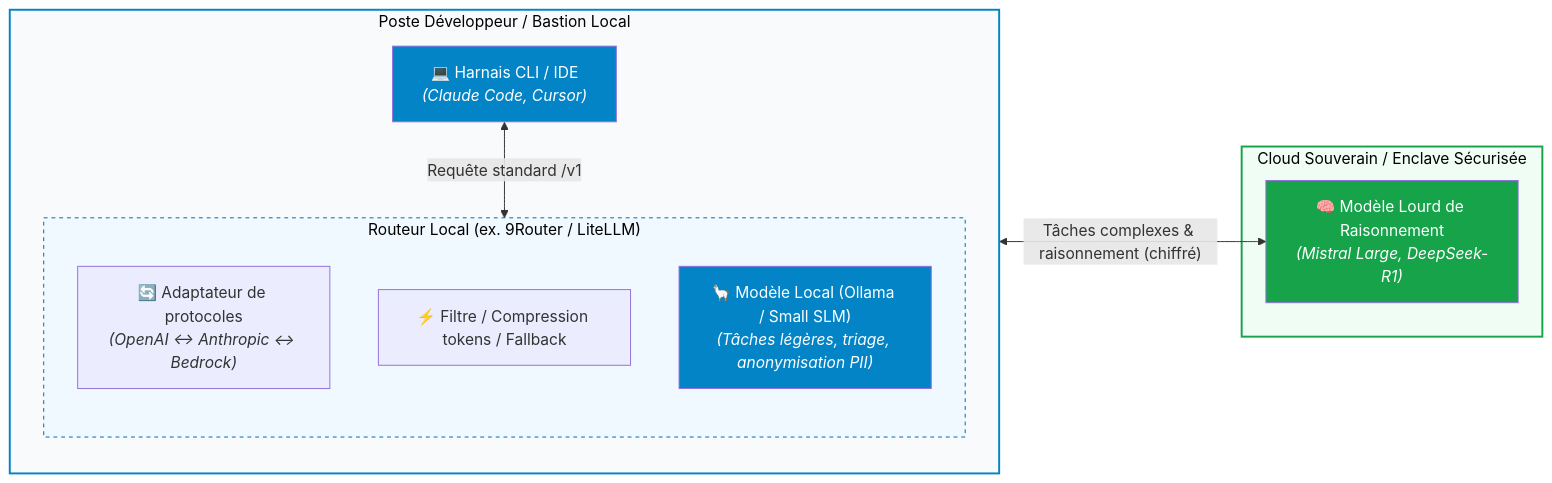
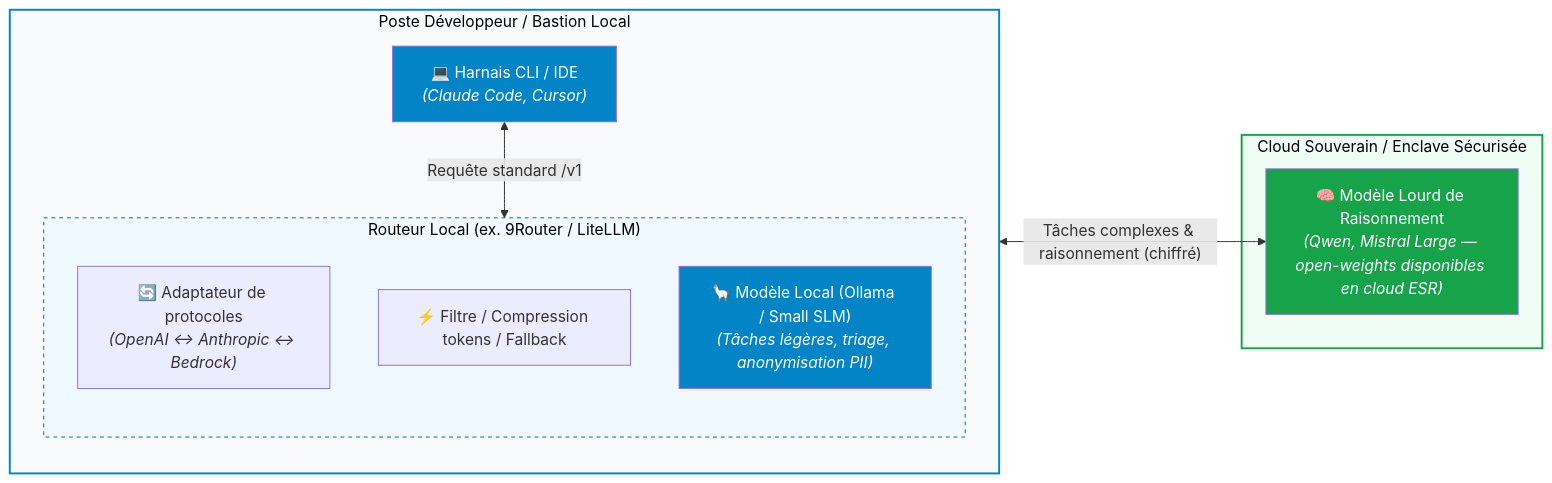
One commit to barais/agentic.module5 changed the second of 2 diagrams in slides.md. Above: the diagram before and after it, drawn with Mermaid. The commit also changed other lines of this file, not shown here.

````diff
--- a/slides.md
+++ b/slides.md
@@ -171,29 +170,29 @@
 ```mermaid {scale: 0.5}
 flowchart LR
     subgraph MACHINE ["Poste Développeur / Bastion Local"]
         direction TB
         CLI["💻 Harnais CLI / IDE<br/><i>(Claude Code, Cursor)</i>"]
-        
+
         subgraph ROUTER ["Routeur Local (ex. 9Router / LiteLLM)"]
             direction TB
             ADAPT["🔄 Adaptateur de protocoles<br/><i>(OpenAI ↔ Anthropic ↔ Bedrock)</i>"]
             CACHE["⚡ Filtre / Compression tokens / Fallback"]
             SLM["🦙 Modèle Local (Ollama / Small SLM)<br/><i>(Tâches légères, triage, anonymisation PII)</i>"]
         end
-        
+
         CLI <-->|Requête standard /v1| ROUTER
     end
 
     subgraph CLOUD ["Cloud Souverain / Enclave Sécurisée"]
-        BIG_LLM["🧠 Modèle Lourd de Raisonnement<br/><i>(Mistral Large, DeepSeek-R1)</i>"]
+        BIG_LLM["🧠 Modèle Lourd de Raisonnement<br/><i>(Qwen, Mistral Large — open-weights disponibles en cloud ESR)</i>"]
     end
 
     ROUTER <-->|"Tâches complexes & raisonnement (chiffré)"| BIG_LLM
 
     style MACHINE fill:#f8fafc,stroke:#0284c7,stroke-width:2px,color:#000
     style ROUTER fill:#f0f9ff,stroke:#0369a1,stroke-width:1px,stroke-dasharray: 4 4,color:#000
     style CLOUD fill:#f0fdf4,stroke:#16a34a,stroke-width:2px,color:#000
     style CLI fill:#0284c7,color:#fff
     style BIG_LLM fill:#16a34a,color:#fff
     style SLM fill:#0284c7,color:#fff
 ```
````
